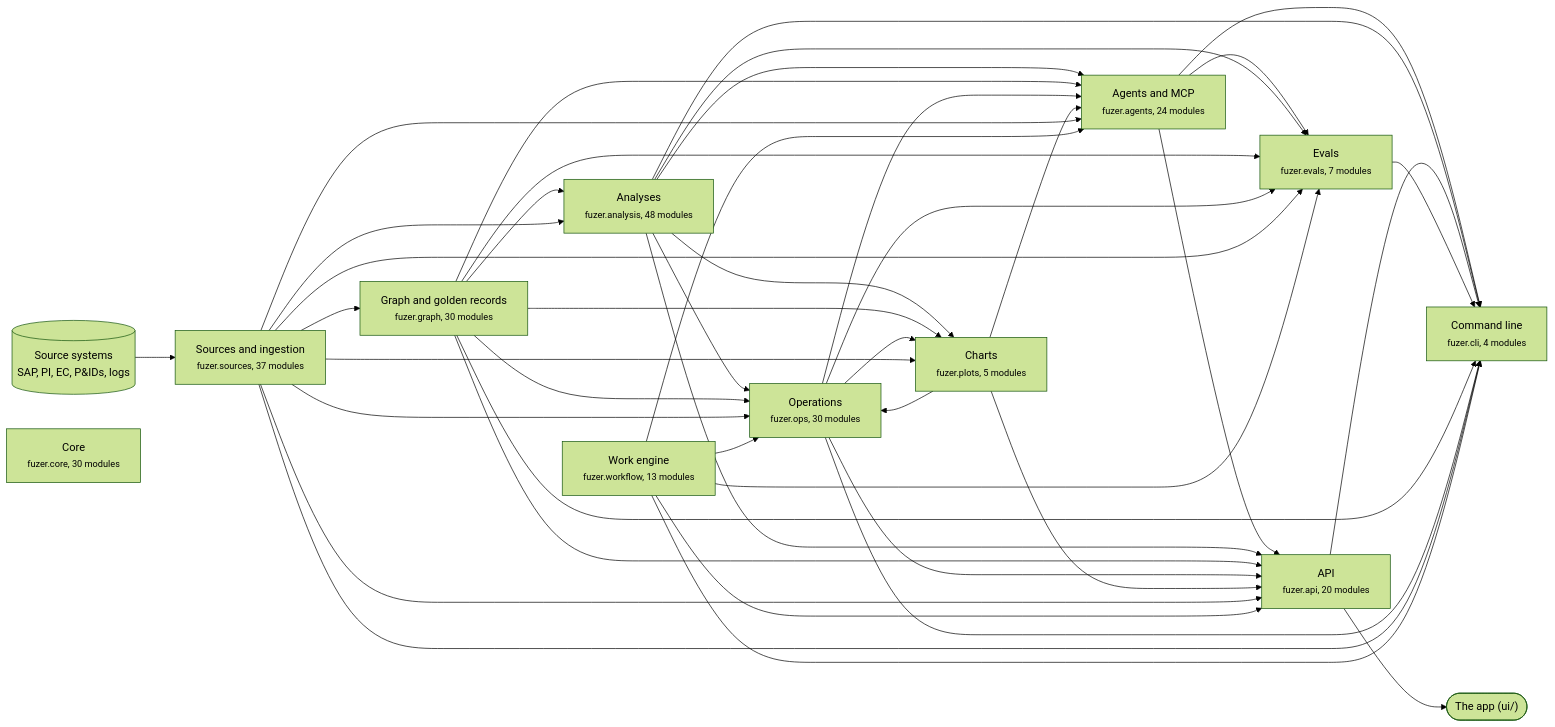
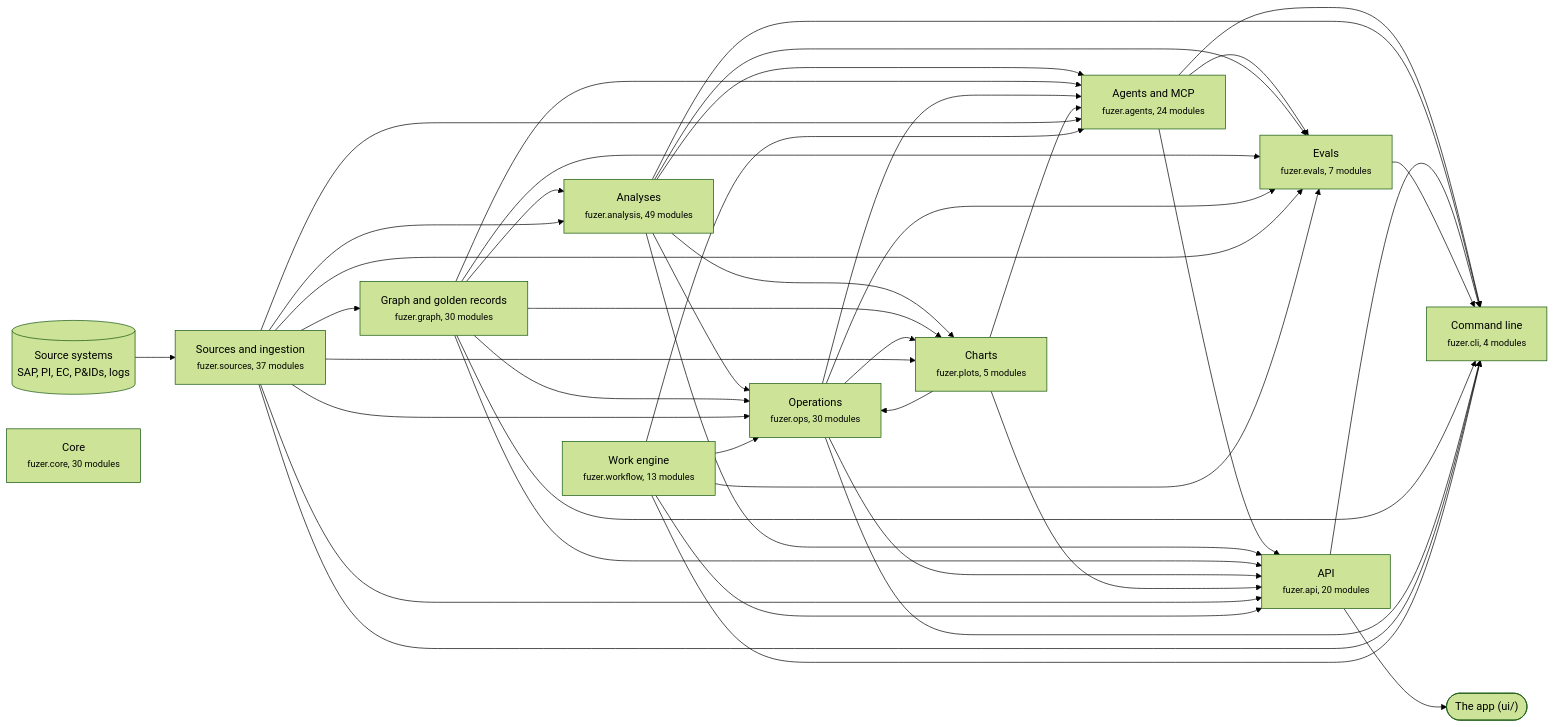
Before and after one commit to areed145/fuzer: the first of 3 diagrams in docs/architecture.md, drawn with Mermaid (forest theme). The commit also changed other lines of this file and 11 other files, not shown here.

````diff
--- a/docs/architecture.md
+++ b/docs/architecture.md
@@ -8,67 +8,67 @@
 ```mermaid
 flowchart LR
   systems[("Source systems<br>SAP, PI, EC, P&IDs, logs")] --> c_sources
   app(["The app (ui/)"])
   c_api --> app
   c_sources["Sources and ingestion<br><small>fuzer.sources, 37 modules</small>"]
   c_graph["Graph and golden records<br><small>fuzer.graph, 30 modules</small>"]
-  c_analysis["Analyses<br><small>fuzer.analysis, 48 modules</small>"]
+  c_analysis["Analyses<br><small>fuzer.analysis, 49 modules</small>"]
   c_ops["Operations<br><small>fuzer.ops, 30 modules</small>"]
   c_plots["Charts<br><small>fuzer.plots, 5 modules</small>"]
   c_workflow["Work engine<br><small>fuzer.workflow, 13 modules</small>"]
   c_agents["Agents and MCP<br><small>fuzer.agents, 24 modules</small>"]
   c_evals["Evals<br><small>fuzer.evals, 7 modules</small>"]
   c_api["API<br><small>fuzer.api, 20 modules</small>"]
   c_cli["Command line<br><small>fuzer.cli, 4 modules</small>"]
   c_core["Core<br><small>fuzer.core, 30 modules</small>"]
   c_sources --> c_graph
   c_graph --> c_analysis
   c_sources --> c_analysis
   c_analysis --> c_ops
   c_graph --> c_ops
   c_plots --> c_ops
   c_sources --> c_ops
   c_workflow --> c_ops
   c_analysis --> c_plots
   c_graph --> c_plots
   c_ops --> c_plots
   c_sources --> c_plots
   c_analysis --> c_agents
   c_graph --> c_agents
   c_ops --> c_agents
   c_plots --> c_agents
   c_sources --> c_agents
   c_workflow --> c_agents
   c_agents --> c_evals
   c_analysis --> c_evals
   c_graph --> c_evals
   c_ops --> c_evals
   c_sources --> c_evals
   c_workflow --> c_evals
   c_agents --> c_api
   c_analysis --> c_api
   c_graph --> c_api
   c_ops --> c_api
   c_plots --> c_api
   c_sources --> c_api
   c_workflow --> c_api
   c_agents --> c_cli
   c_analysis --> c_cli
   c_api --> c_cli
   c_evals --> c_cli
   c_graph --> c_cli
   c_ops --> c_cli
   c_sources --> c_cli
   c_workflow --> c_cli
   click c_sources "https://github.com/areed145/fuzer/tree/main/src/fuzer/sources"
   click c_graph "https://github.com/areed145/fuzer/tree/main/src/fuzer/graph"
   click c_analysis "https://github.com/areed145/fuzer/tree/main/src/fuzer/analysis"
   click c_ops "https://github.com/areed145/fuzer/tree/main/src/fuzer/ops"
   click c_plots "https://github.com/areed145/fuzer/tree/main/src/fuzer/plots"
   click c_workflow "https://github.com/areed145/fuzer/tree/main/src/fuzer/workflow"
   click c_agents "https://github.com/areed145/fuzer/tree/main/src/fuzer/agents"
   click c_evals "https://github.com/areed145/fuzer/tree/main/src/fuzer/evals"
   click c_api "https://github.com/areed145/fuzer/tree/main/src/fuzer/api"
   click c_cli "https://github.com/areed145/fuzer/tree/main/src/fuzer/cli"
   click c_core "https://github.com/areed145/fuzer/tree/main/src/fuzer/core"
 ```
````
